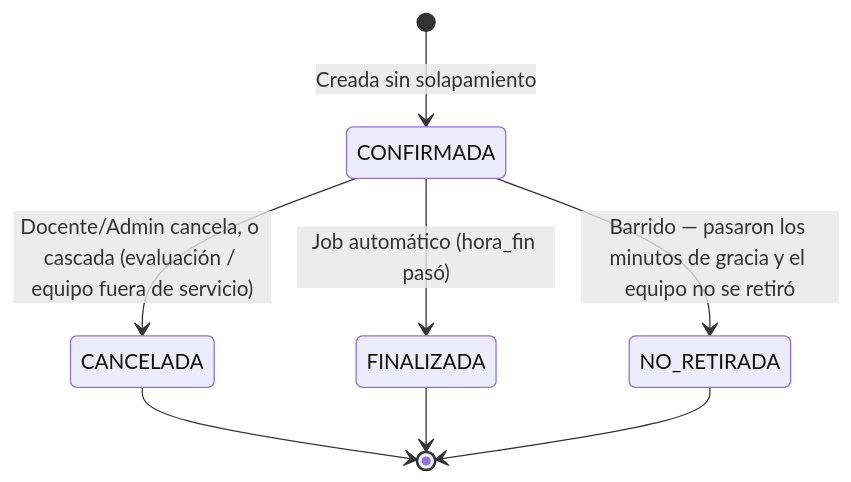
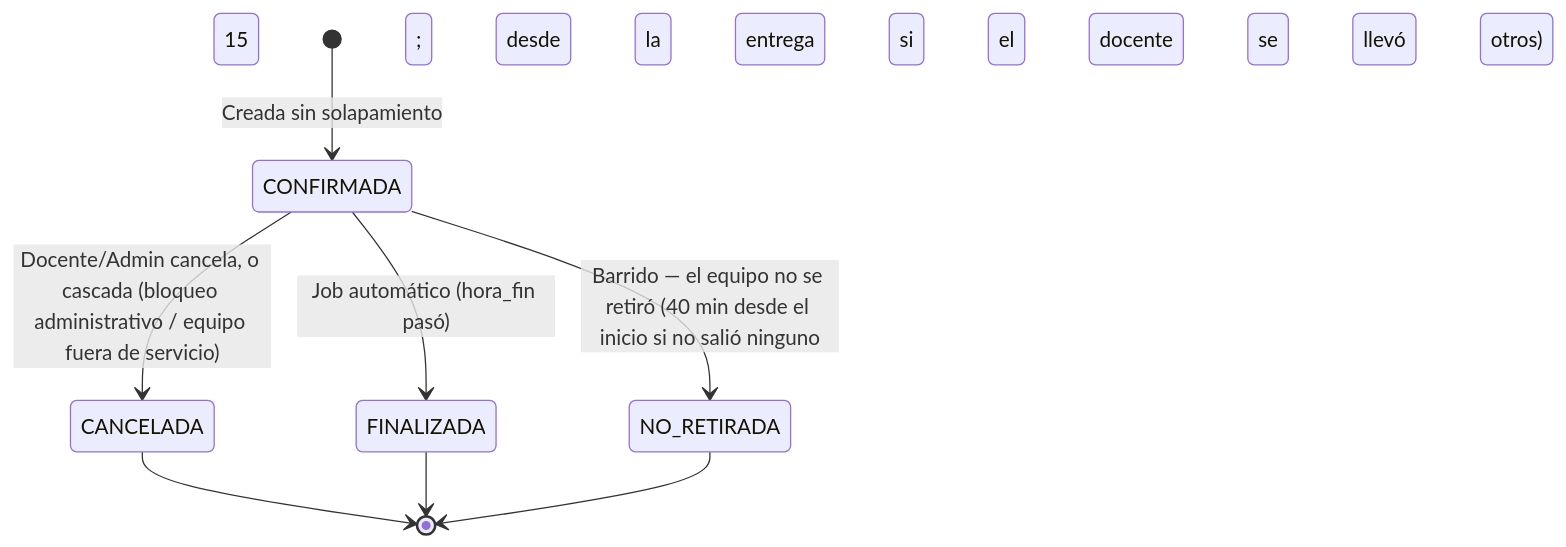
The second of 5 diagrams in docs/05-diagramas-estado.md (agustin-y2k/sgrc), drawn with Mermaid before and after one commit. The commit also changed other lines of this file and 57 other files, not shown here.

````diff
--- a/docs/05-diagramas-estado.md
+++ b/docs/05-diagramas-estado.md
@@ -25,10 +33,10 @@
 ```mermaid
 stateDiagram-v2
     [*] --> CONFIRMADA: Creada sin solapamiento
-    CONFIRMADA --> CANCELADA: Docente/Admin cancela, o cascada (evaluación / equipo fuera de servicio)
+    CONFIRMADA --> CANCELADA: Docente/Admin cancela, o cascada (bloqueo administrativo / equipo fuera de servicio)
     CONFIRMADA --> FINALIZADA: Job automático (hora_fin pasó)
-    CONFIRMADA --> NO_RETIRADA: Barrido — pasaron los minutos de gracia y el equipo no se retiró
+    CONFIRMADA --> NO_RETIRADA: Barrido — el equipo no se retiró (40 min desde el inicio si no salió ninguno; 15 desde la entrega si el docente se llevó otros)
     CANCELADA --> [*]
     FINALIZADA --> [*]
     NO_RETIRADA --> [*]
 ```
````
